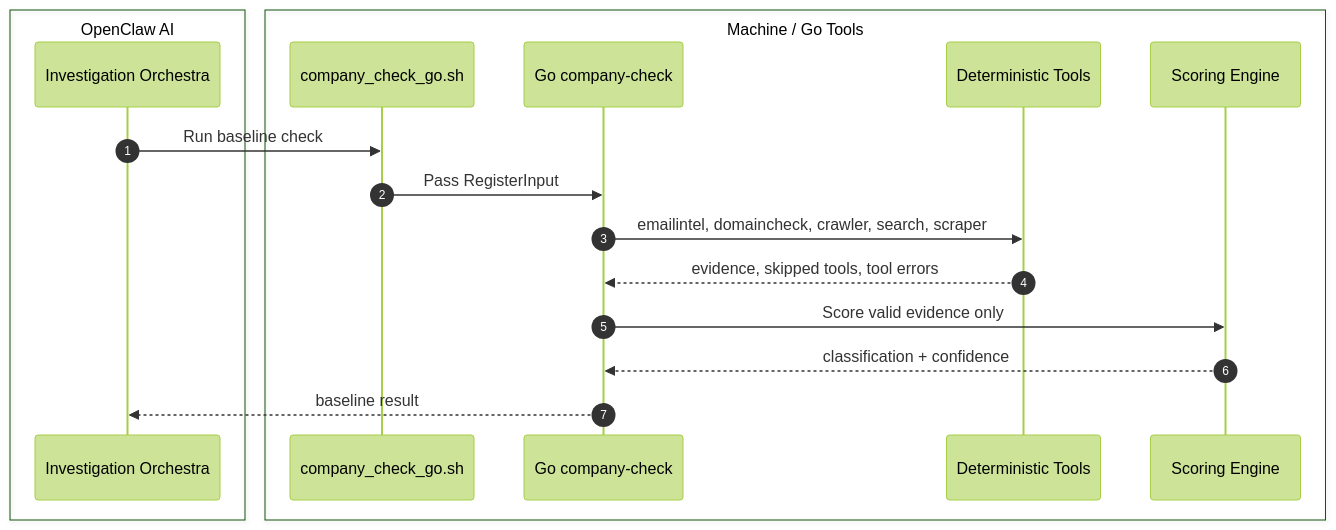
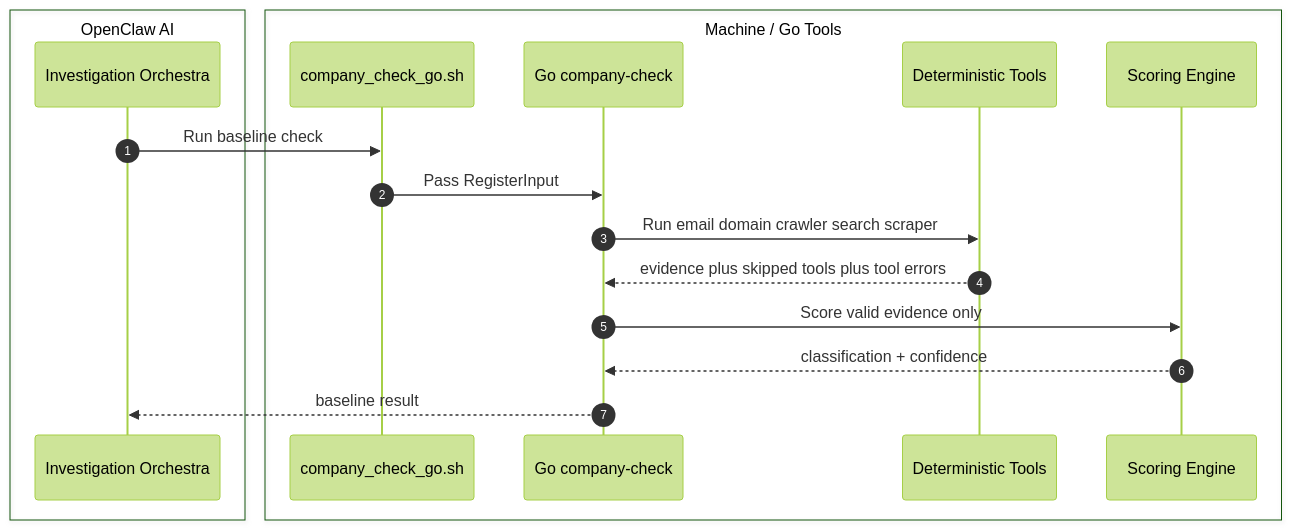
One commit to nunutech40/company-detector-bot changed the fourth of 7 diagrams in docs/technical/FLOW_MAP.md. Above: the diagram before and after it, drawn with Mermaid (forest theme). The commit also changed other lines of this file, not shown here.

Commit message:
fix flow map mermaid syntax

````diff
--- a/docs/technical/FLOW_MAP.md
+++ b/docs/technical/FLOW_MAP.md
@@ -239,22 +239,22 @@
 ```mermaid
 sequenceDiagram
   autonumber
   box OpenClaw AI
     participant Orchestra as Investigation Orchestra
   end
 
   box Machine / Go Tools
     participant Wrapper as company_check_go.sh
     participant Go as Go company-check
     participant Tools as Deterministic Tools
     participant Scoring as Scoring Engine
   end
 
   Orchestra->>Wrapper: Run baseline check
   Wrapper->>Go: Pass RegisterInput
-  Go->>Tools: emailintel, domaincheck, crawler, search, scraper
-  Tools-->>Go: evidence, skipped tools, tool errors
+  Go->>Tools: Run email domain crawler search scraper
+  Tools-->>Go: evidence plus skipped tools plus tool errors
   Go->>Scoring: Score valid evidence only
   Scoring-->>Go: classification + confidence
   Go-->>Orchestra: baseline result
 ```
````
